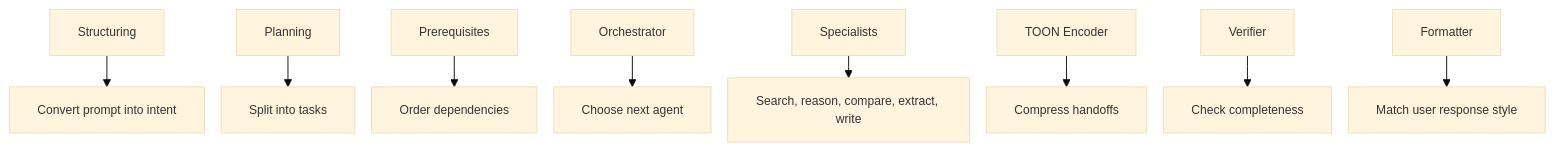
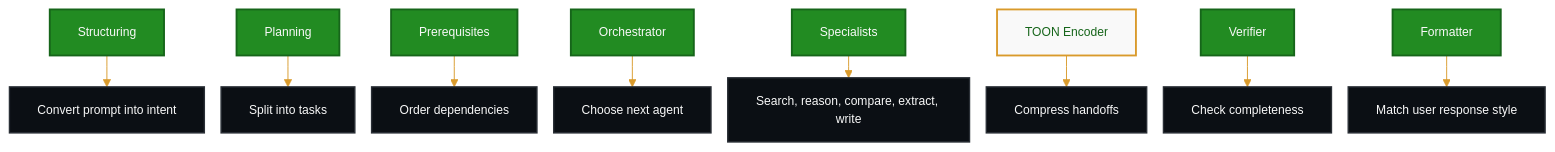
The fourth of 10 diagrams in docs/diagrams.md (Hassaan146/agentic-ai-workflow), drawn with Mermaid before and after one commit. The commit also changed other lines of this file, not shown here.

Commit message:
Apply dark luxury Mermaid theme

````diff
--- a/docs/diagrams.md
+++ b/docs/diagrams.md
@@ -110,12 +133,21 @@
 ```mermaid
-%%{init: {'theme': 'base', 'flowchart': {'nodeSpacing': 18, 'rankSpacing': 24, 'curve': 'linear'}, 'themeVariables': {'fontSize': '13px'}}}%%
+%%{init: {'theme': 'base', 'flowchart': {'nodeSpacing': 18, 'rankSpacing': 24, 'curve': 'linear'}, 'themeVariables': {'fontSize': '13px', 'primaryColor': '#228B22', 'primaryTextColor': '#F9F9F9', 'primaryBorderColor': '#16651A', 'lineColor': '#D99A2B', 'secondaryColor': '#F9F9F9', 'secondaryTextColor': '#101418', 'secondaryBorderColor': '#D99A2B', 'tertiaryColor': '#0B0F14', 'tertiaryTextColor': '#F9F9F9', 'tertiaryBorderColor': '#2A2F36', 'background': '#070B10', 'mainBkg': '#228B22', 'secondBkg': '#F9F9F9', 'textColor': '#F9F9F9', 'edgeLabelBackground': '#0B0F14'}}}%%
 flowchart TD
     A["Structuring"] --> A1["Convert prompt into intent"]
     B["Planning"] --> B1["Split into tasks"]
     C["Prerequisites"] --> C1["Order dependencies"]
     D["Orchestrator"] --> D1["Choose next agent"]
     E["Specialists"] --> E1["Search, reason, compare, extract, write"]
     F["TOON Encoder"] --> F1["Compress handoffs"]
     G["Verifier"] --> G1["Check completeness"]
     H["Formatter"] --> H1["Match user response style"]
+
+    classDef primary fill:#228B22,stroke:#16651A,color:#F9F9F9,stroke-width:2px;
+    classDef dark fill:#0B0F14,stroke:#2A2F36,color:#F9F9F9,stroke-width:1.5px;
+    classDef toon fill:#F9F9F9,stroke:#D99A2B,color:#16651A,stroke-width:2px;
+    classDef decision fill:#F9F9F9,stroke:#D99A2B,color:#101418,stroke-width:2px;
+    class A,B,C,D,E,G,H primary;
+    class A1,B1,C1,D1,E1,G1,H1 dark;
+    class F toon;
+    class F1 dark;
 ```
````
